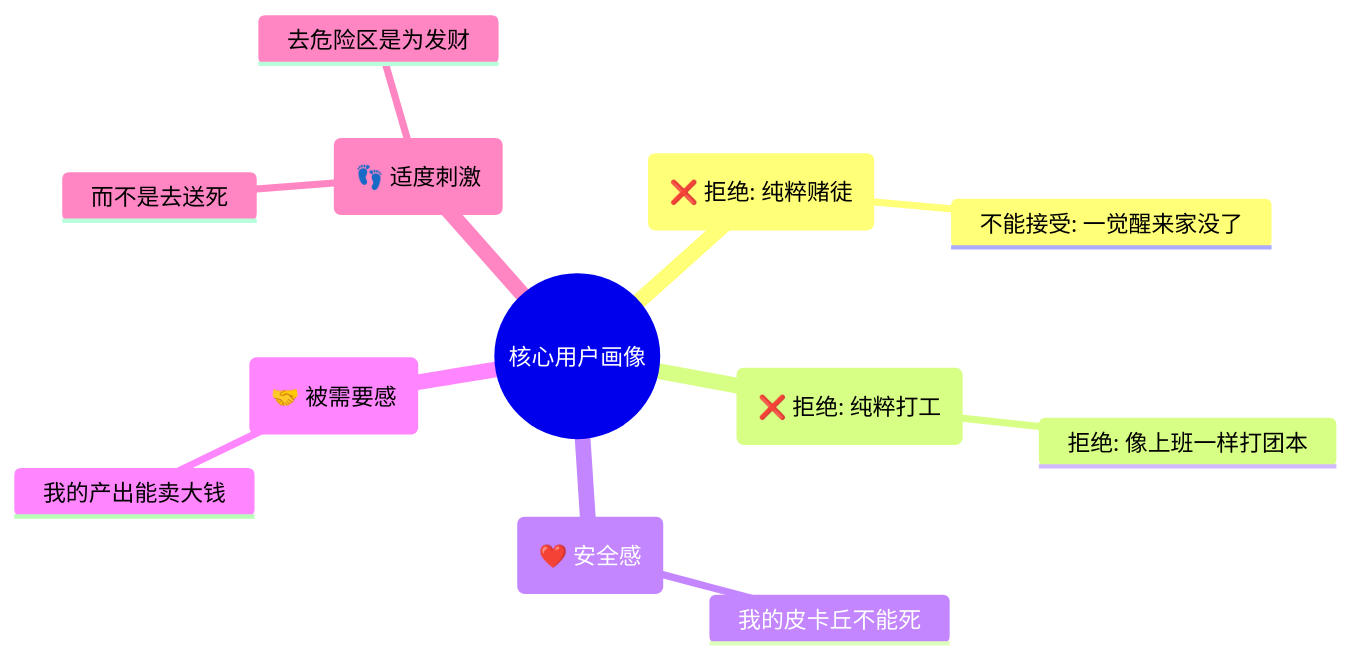
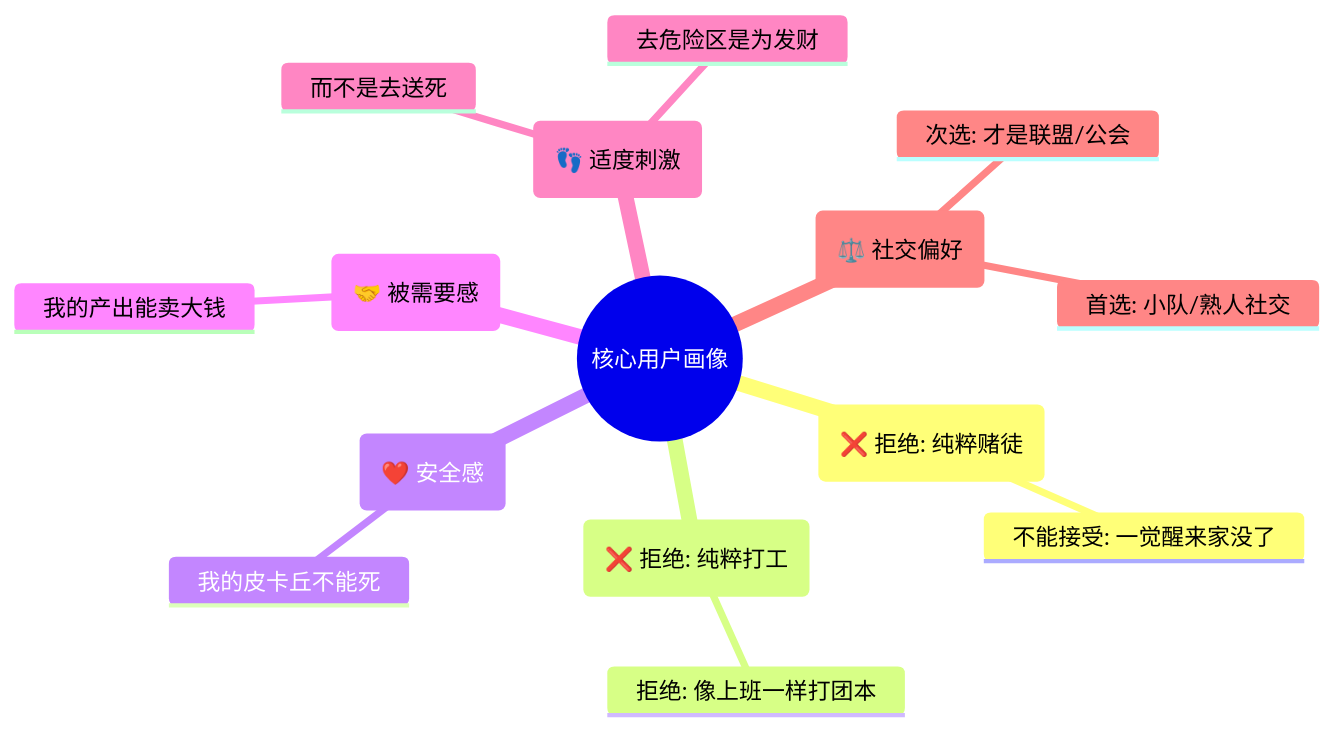
The fifth of 5 diagrams in docs/sword_chronicles_7day_discussion.md (Sherlock3rd/BeagleDoc), drawn with Mermaid before and after one commit. The commit also changed other lines of this file and 1 other file, not shown here.

````diff
--- a/docs/sword_chronicles_7day_discussion.md
+++ b/docs/sword_chronicles_7day_discussion.md
@@ -96,15 +96,18 @@
 ```mermaid
 mindmap
   root((核心用户画像))
     (❌ 拒绝: 纯粹赌徒)
       不能接受: 一觉醒来家没了
     (❌ 拒绝: 纯粹打工)
       拒绝: 像上班一样打团本
     (❤️ 安全感)
       我的皮卡丘不能死
     (🤝 被需要感)
       我的产出能卖大钱
     (👣 适度刺激)
       去危险区是为发财
       而不是去送死
+    (⚖️ 社交偏好)
+      首选: 小队/熟人社交
+      次选: 才是联盟/公会
 ```
````
